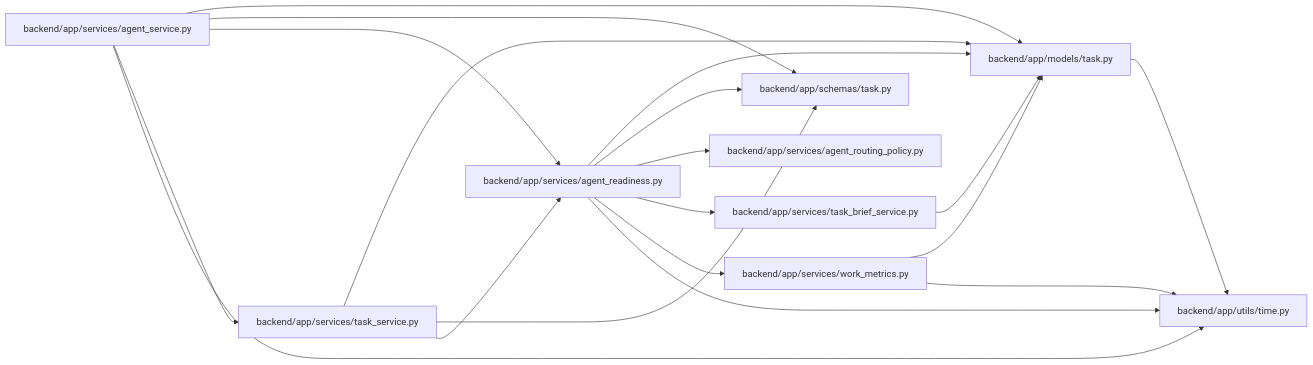
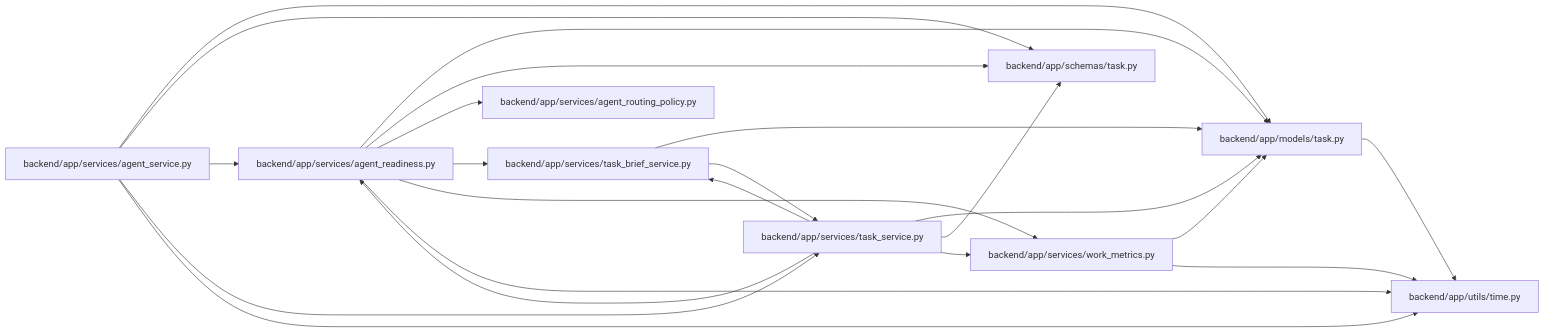
Before and after one commit to Denissvgn/WorkChord: the diagram in docs/llm_wiki/modules/agent_readiness.md, drawn with Mermaid. The commit also changed 25171 other files, not shown here.

````diff
--- a/docs/llm_wiki/modules/agent_readiness.md
+++ b/docs/llm_wiki/modules/agent_readiness.md
@@ -29,39 +29,42 @@
 ```mermaid
 flowchart LR
     n0["backend/app/models/task.py"]
     n1["backend/app/schemas/task.py"]
     n2["backend/app/services/agent_readiness.py"]
     n3["backend/app/services/agent_routing_policy.py"]
     n4["backend/app/services/agent_service.py"]
     n5["backend/app/services/task_brief_service.py"]
     n6["backend/app/services/task_service.py"]
     n7["backend/app/services/work_metrics.py"]
     n8["backend/app/utils/time.py"]
     n0 --> n8
     n2 --> n0
     n2 --> n1
     n2 --> n3
     n2 --> n5
     n2 --> n7
     n2 --> n8
     n4 --> n0
     n4 --> n1
     n4 --> n2
     n4 --> n6
     n4 --> n8
     n5 --> n0
+    n5 --> n6
     n6 --> n0
     n6 --> n1
     n6 --> n2
+    n6 --> n5
+    n6 --> n7
     n7 --> n0
     n7 --> n8
     click n0 "../modules/models_task.md"
     click n1 "../modules/schemas_task.md"
     click n2 "../modules/agent_readiness.md"
     click n3 "../modules/agent_routing_policy.md"
     click n4 "../modules/agent_service.md"
     click n5 "../modules/task_brief_service.md"
     click n6 "../modules/task_service.md"
     click n7 "../modules/services_work_metrics.md"
     click n8 "../modules/time.md"
 ```
````
